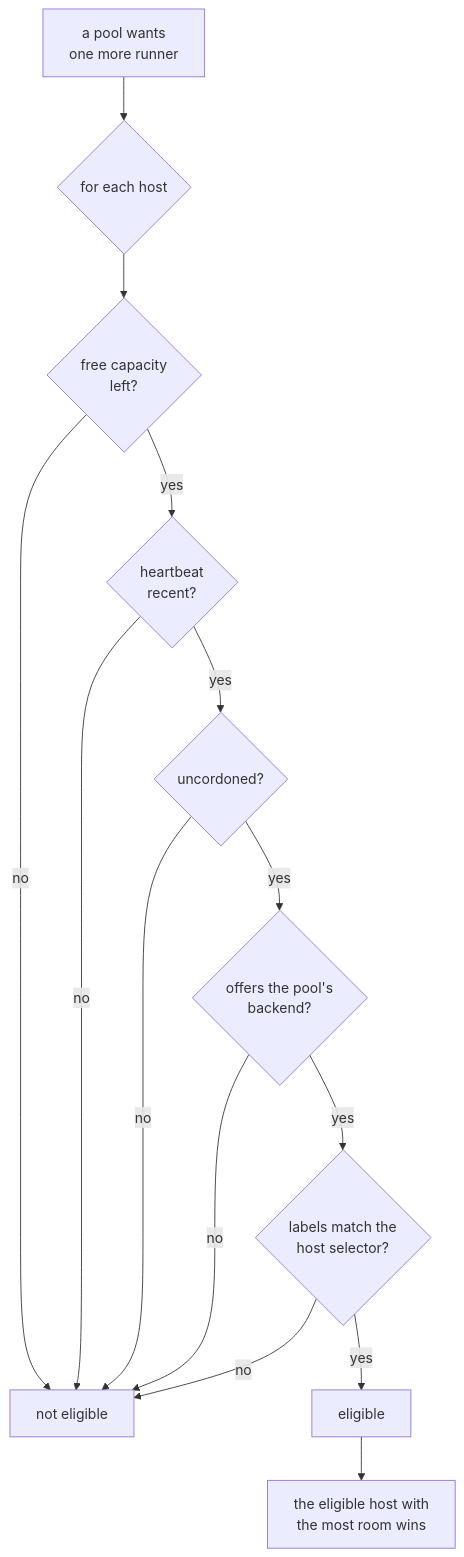
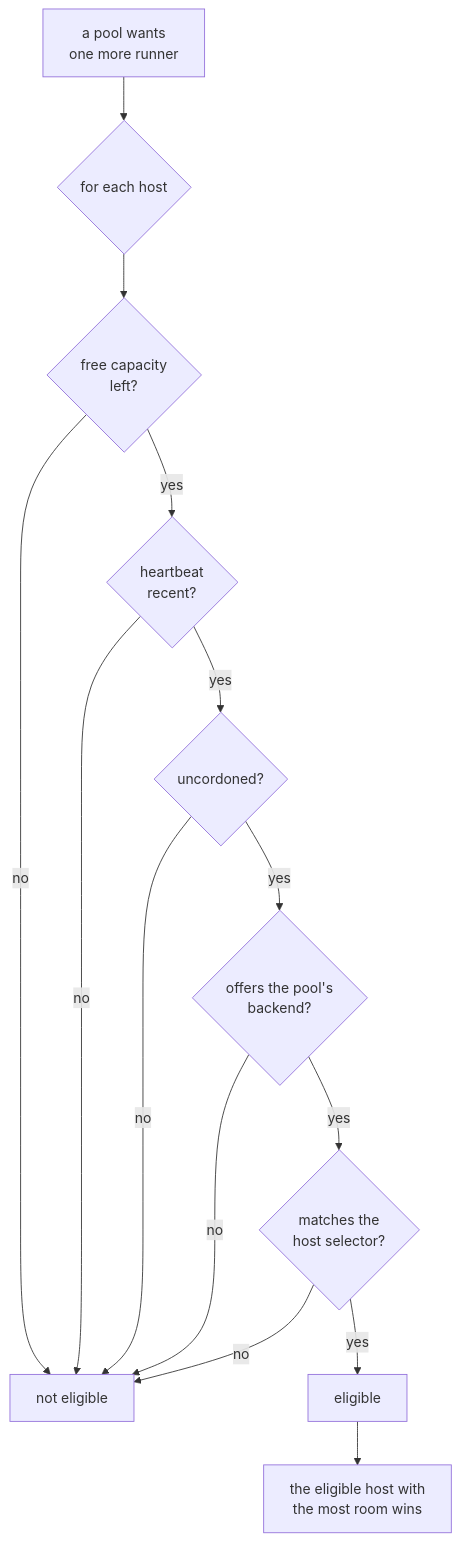
The diagram in docs/hosts-and-pools.md (eyupio/zoomies), drawn with Mermaid before and after one commit. The commit also changed other lines of this file and 11 other files, not shown here.

````diff
--- a/docs/hosts-and-pools.md
+++ b/docs/hosts-and-pools.md
@@ -169,16 +171,16 @@
 ```mermaid
 flowchart TD
     p["a pool wants<br/>one more runner"] --> h{"for each host"}
     h --> f{"free capacity<br/>left?"}
     f -->|no| no["not eligible"]
     f -->|yes| hl{"heartbeat<br/>recent?"}
     hl -->|no| no
     hl -->|yes| c{"uncordoned?"}
     c -->|no| no
     c -->|yes| b{"offers the pool's<br/>backend?"}
     b -->|no| no
-    b -->|yes| s{"labels match the<br/>host selector?"}
+    b -->|yes| s{"matches the<br/>host selector?"}
     s -->|no| no
     s -->|yes| ok["eligible"]
     ok --> pick["the eligible host with<br/>the most room wins"]
 ```
````
